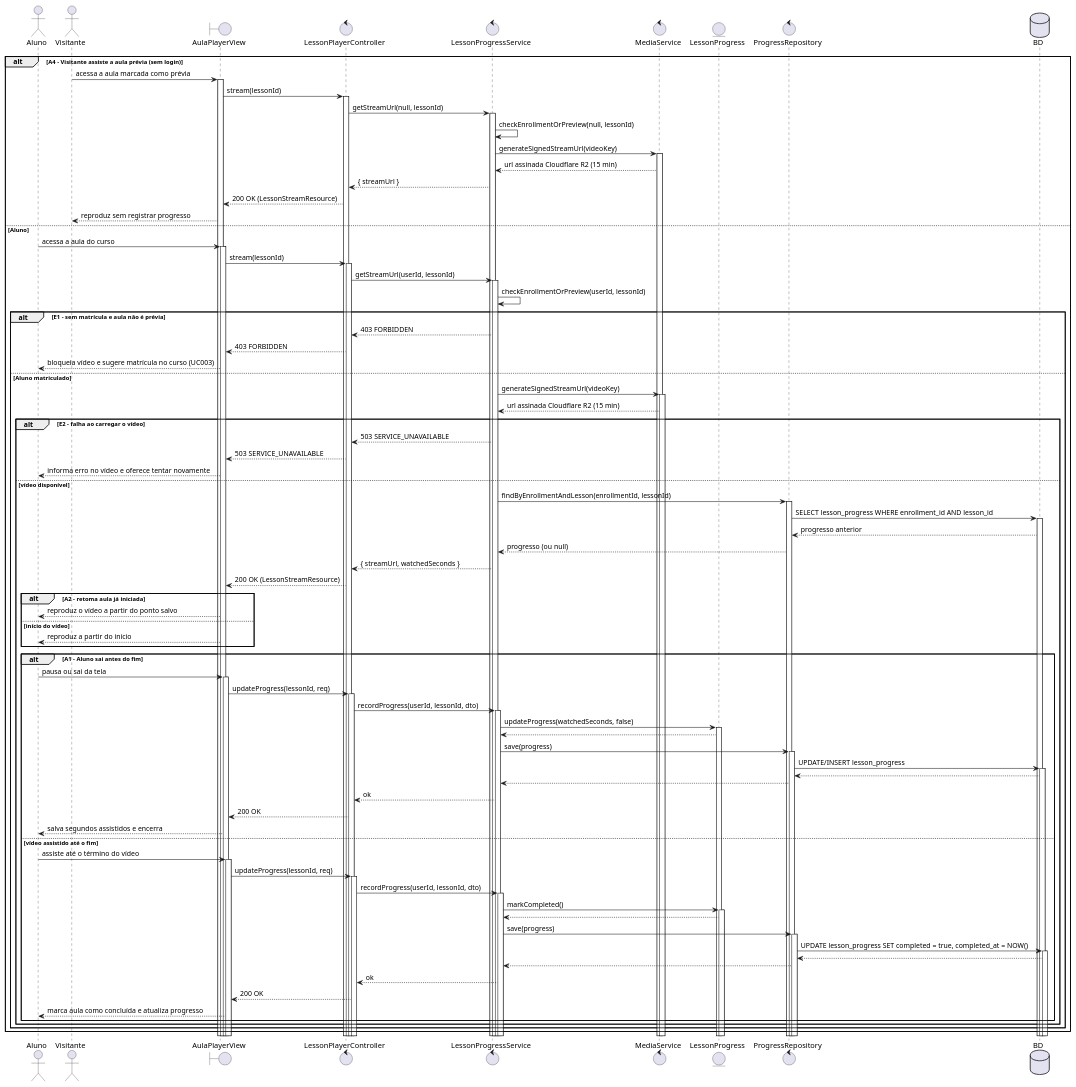
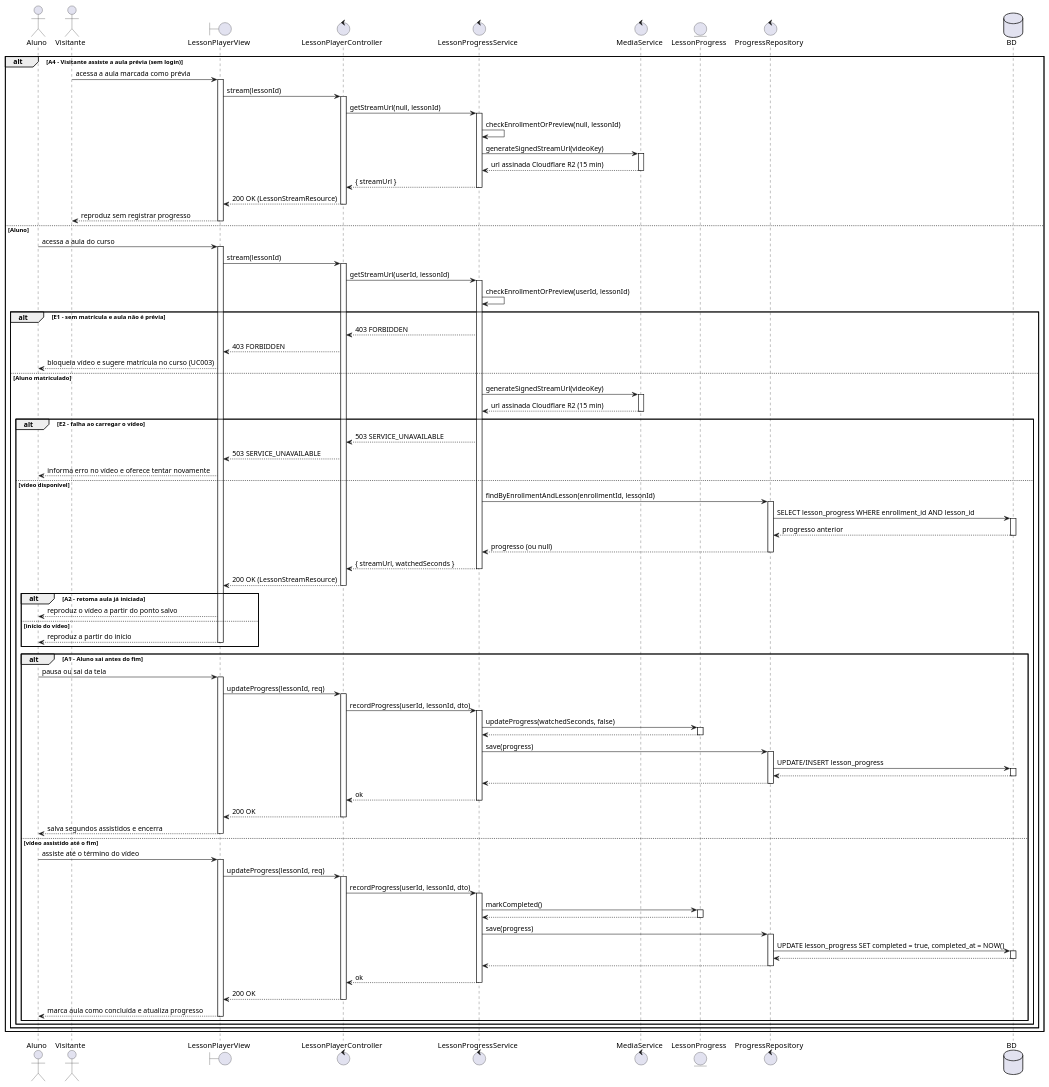
Before and after one commit to Plataforma-de-Cursos-TCC/plataforma-cursos-docs: the diagram in scripts/drawio-seqgen/exemplos/14-sequencia-uc009.puml, drawn with PlantUML. The commit also changed 53 other files, not shown here.

First line of the commit message:
fix(diagrama-de-sequencia): use item 13 methods and alt rule in item 14

```diff
--- a/scripts/drawio-seqgen/exemplos/14-sequencia-uc009.puml
+++ b/scripts/drawio-seqgen/exemplos/14-sequencia-uc009.puml
@@ -3,79 +3,79 @@
 @startuml 14-sequencia-uc009
 actor Aluno
 actor Visitante
-boundary AulaPlayerView
+boundary LessonPlayerView
 control LessonPlayerController
 control LessonProgressService
 control MediaService
 entity LessonProgress
 control ProgressRepository
 database BD
 alt A4 - Visitante assiste a aula prévia (sem login)
-Visitante -> AulaPlayerView ++ : acessa a aula marcada como prévia
-AulaPlayerView -> LessonPlayerController ++ : stream(lessonId)
+Visitante -> LessonPlayerView ++ : acessa a aula marcada como prévia
+LessonPlayerView -> LessonPlayerController ++ : stream(lessonId)
 LessonPlayerController -> LessonProgressService ++ : getStreamUrl(null, lessonId)
 LessonProgressService -> LessonProgressService : checkEnrollmentOrPreview(null, lessonId)
 LessonProgressService -> MediaService ++ : generateSignedStreamUrl(videoKey)
-MediaService --> LessonProgressService : url assinada Cloudflare R2 (15 min)
-LessonProgressService --> LessonPlayerController : { streamUrl }
-LessonPlayerController --> AulaPlayerView : 200 OK (LessonStreamResource)
-AulaPlayerView --> Visitante : reproduz sem registrar progresso
+MediaService --> LessonProgressService -- : url assinada Cloudflare R2 (15 min)
+LessonProgressService --> LessonPlayerController -- : { streamUrl }
+LessonPlayerController --> LessonPlayerView -- : 200 OK (LessonStreamResource)
+LessonPlayerView --> Visitante -- : reproduz sem registrar progresso
 else Aluno
-Aluno -> AulaPlayerView ++ : acessa a aula do curso
-AulaPlayerView -> LessonPlayerController ++ : stream(lessonId)
+Aluno -> LessonPlayerView ++ : acessa a aula do curso
+LessonPlayerView -> LessonPlayerController ++ : stream(lessonId)
 LessonPlayerController -> LessonProgressService ++ : getStreamUrl(userId, lessonId)
 LessonProgressService -> LessonProgressService : checkEnrollmentOrPreview(userId, lessonId)
 alt E1 - sem matrícula e aula não é prévia
 LessonProgressService --> LessonPlayerController : 403 FORBIDDEN
-LessonPlayerController --> AulaPlayerView : 403 FORBIDDEN
-AulaPlayerView --> Aluno : bloqueia vídeo e sugere matrícula no curso (UC003)
+LessonPlayerController --> LessonPlayerView : 403 FORBIDDEN
+LessonPlayerView --> Aluno : bloqueia vídeo e sugere matrícula no curso (UC003)
 else Aluno matriculado
 LessonProgressService -> MediaService ++ : generateSignedStreamUrl(videoKey)
-MediaService --> LessonProgressService : url assinada Cloudflare R2 (15 min)
+MediaService --> LessonProgressService -- : url assinada Cloudflare R2 (15 min)
 alt E2 - falha ao carregar o vídeo
 LessonProgressService --> LessonPlayerController : 503 SERVICE_UNAVAILABLE
-LessonPlayerController --> AulaPlayerView : 503 SERVICE_UNAVAILABLE
-AulaPlayerView --> Aluno : informa erro no vídeo e oferece tentar novamente
+LessonPlayerController --> LessonPlayerView : 503 SERVICE_UNAVAILABLE
+LessonPlayerView --> Aluno : informa erro no vídeo e oferece tentar novamente
 else vídeo disponível
 LessonProgressService -> ProgressRepository ++ : findByEnrollmentAndLesson(enrollmentId, lessonId)
 ProgressRepository -> BD ++ : SELECT lesson_progress WHERE enrollment_id AND lesson_id
-BD --> ProgressRepository : progresso anterior
-ProgressRepository --> LessonProgressService : progresso (ou null)
-LessonProgressService --> LessonPlayerController : { streamUrl, watchedSeconds }
-LessonPlayerController --> AulaPlayerView : 200 OK (LessonStreamResource)
+BD --> ProgressRepository -- : progresso anterior
+ProgressRepository --> LessonProgressService -- : progresso (ou null)
+LessonProgressService --> LessonPlayerController -- : { streamUrl, watchedSeconds }
+LessonPlayerController --> LessonPlayerView -- : 200 OK (LessonStreamResource)
 alt A2 - retoma aula já iniciada
-AulaPlayerView --> Aluno : reproduz o vídeo a partir do ponto salvo
+LessonPlayerView --> Aluno : reproduz o vídeo a partir do ponto salvo
 else início do vídeo
-AulaPlayerView --> Aluno : reproduz a partir do início
+LessonPlayerView --> Aluno -- : reproduz a partir do início
 end
 alt A1 - Aluno sai antes do fim
-Aluno -> AulaPlayerView ++ : pausa ou sai da tela
-AulaPlayerView -> LessonPlayerController ++ : updateProgress(lessonId, req)
+Aluno -> LessonPlayerView ++ : pausa ou sai da tela
+LessonPlayerView -> LessonPlayerController ++ : updateProgress(lessonId, req)
 LessonPlayerController -> LessonProgressService ++ : recordProgress(userId, lessonId, dto)
 LessonProgressService -> LessonProgress ++ : updateProgress(watchedSeconds, false)
-LessonProgress --> LessonProgressService
+LessonProgress --> LessonProgressService --
 LessonProgressService -> ProgressRepository ++ : save(progress)
 ProgressRepository -> BD ++ : UPDATE/INSERT lesson_progress
-BD --> ProgressRepository
-ProgressRepository --> LessonProgressService
-LessonProgressService --> LessonPlayerController : ok
-LessonPlayerController --> AulaPlayerView : 200 OK
-AulaPlayerView --> Aluno : salva segundos assistidos e encerra
+BD --> ProgressRepository --
+ProgressRepository --> LessonProgressService --
+LessonProgressService --> LessonPlayerController -- : ok
+LessonPlayerController --> LessonPlayerView -- : 200 OK
+LessonPlayerView --> Aluno -- : salva segundos assistidos e encerra
 else vídeo assistido até o fim
-Aluno -> AulaPlayerView ++ : assiste até o término do vídeo
-AulaPlayerView -> LessonPlayerController ++ : updateProgress(lessonId, req)
+Aluno -> LessonPlayerView ++ : assiste até o término do vídeo
+LessonPlayerView -> LessonPlayerController ++ : updateProgress(lessonId, req)
 LessonPlayerController -> LessonProgressService ++ : recordProgress(userId, lessonId, dto)
 LessonProgressService -> LessonProgress ++ : markCompleted()
-LessonProgress --> LessonProgressService
+LessonProgress --> LessonProgressService --
 LessonProgressService -> ProgressRepository ++ : save(progress)
 ProgressRepository -> BD ++ : UPDATE lesson_progress SET completed = true, completed_at = NOW()
-BD --> ProgressRepository
-ProgressRepository --> LessonProgressService
-LessonProgressService --> LessonPlayerController : ok
-LessonPlayerController --> AulaPlayerView : 200 OK
-AulaPlayerView --> Aluno : marca aula como concluída e atualiza progresso
+BD --> ProgressRepository --
+ProgressRepository --> LessonProgressService --
+LessonProgressService --> LessonPlayerController -- : ok
+LessonPlayerController --> LessonPlayerView -- : 200 OK
+LessonPlayerView --> Aluno -- : marca aula como concluída e atualiza progresso
 end
 end
 end
 end
 @enduml
```
